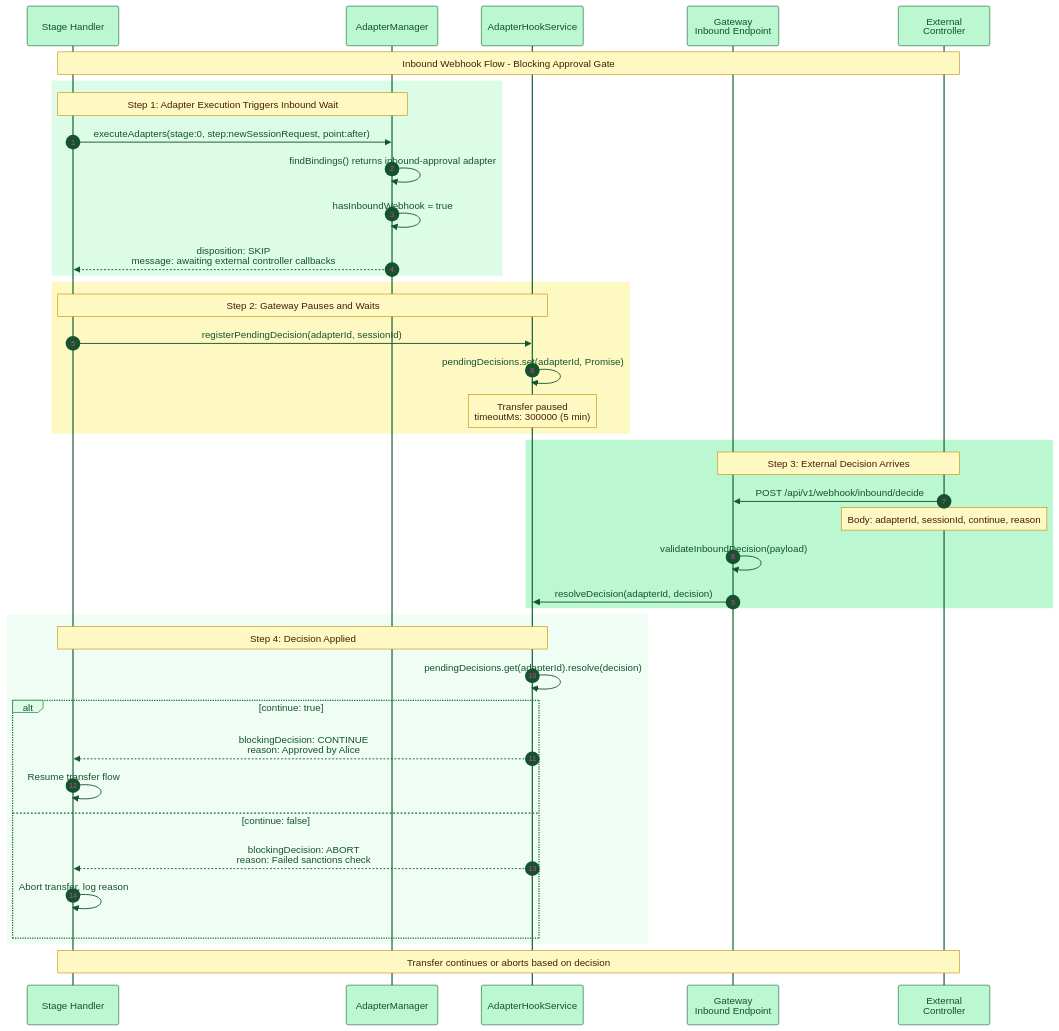
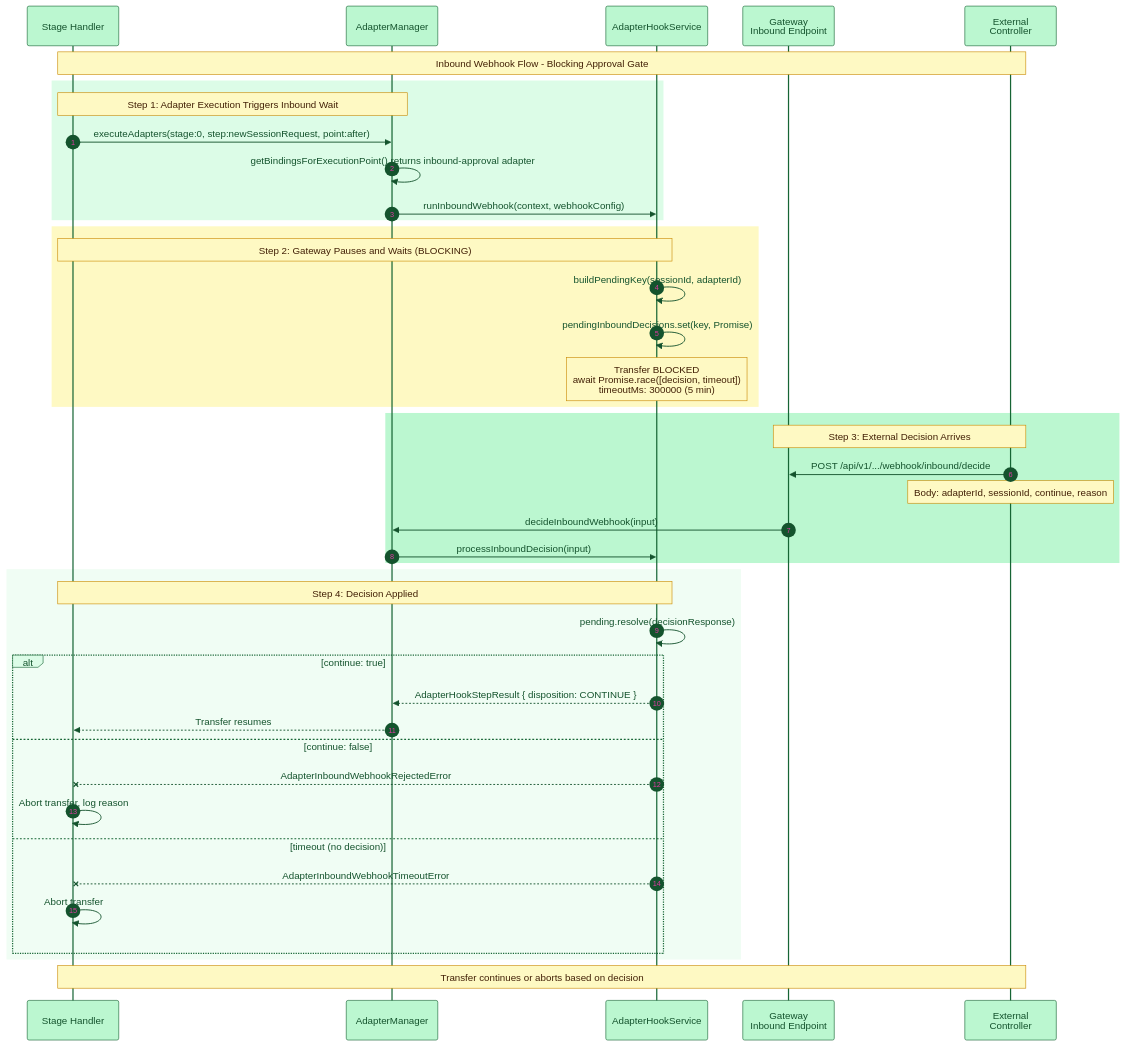
Before and after one commit to RafaelAPB/blockchain-integration-framework: the diagram in packages/cactus-plugin-satp-hermes/docs/diagrams/adapter-inbound-webhook-flow.mmd, drawn with Mermaid. The commit also changed 7 other files, not shown here.

Commit message:
docs(satp-hermes): adapter diagrams

```diff
--- a/packages/cactus-plugin-satp-hermes/docs/diagrams/adapter-inbound-webhook-flow.mmd
+++ b/packages/cactus-plugin-satp-hermes/docs/diagrams/adapter-inbound-webhook-flow.mmd
@@ -1,49 +1,51 @@
 %%{init: {'theme':'base', 'themeVariables': { 'fontSize':'14px', 'fontFamily':'Segoe UI, system-ui, sans-serif', 'primaryColor':'#86efac','primaryTextColor':'#14532d','primaryBorderColor':'#166534','lineColor':'#22c55e','secondaryColor':'#dcfce7','tertiaryColor':'#f0fdf4', 'actorTextColor':'#14532d', 'actorBkg':'#bbf7d0', 'actorBorder':'#166534', 'signalColor':'#14532d', 'signalTextColor':'#14532d', 'noteBkgColor':'#fef9c3', 'noteTextColor':'#422006', 'noteBorderColor':'#ca8a04', 'labelBoxBkgColor':'#dcfce7', 'labelTextColor':'#14532d'}}}%%
 
 sequenceDiagram
     autonumber
     participant SH as Stage Handler
     participant AM as AdapterManager
     participant AH as AdapterHookService
     participant GW as Gateway<br/>Inbound Endpoint
     participant EC as External<br/>Controller
 
     Note over SH,EC: Inbound Webhook Flow - Blocking Approval Gate
 
     rect rgb(220, 252, 231)
         Note over SH,AM: Step 1: Adapter Execution Triggers Inbound Wait
         SH->>AM: executeAdapters(stage:0, step:newSessionRequest, point:after)
-        AM->>AM: findBindings() returns inbound-approval adapter
-        AM->>AM: hasInboundWebhook = true
-        AM-->>SH: disposition: SKIP<br/>message: awaiting external controller callbacks
+        AM->>AM: getBindingsForExecutionPoint() returns inbound-approval adapter
+        AM->>AH: runInboundWebhook(context, webhookConfig)
     end
 
     rect rgb(254, 249, 195)
-        Note over SH,AH: Step 2: Gateway Pauses and Waits
-        SH->>AH: registerPendingDecision(adapterId, sessionId)
-        AH->>AH: pendingDecisions.set(adapterId, Promise)
-        Note over AH: Transfer paused<br/>timeoutMs: 300000 (5 min)
+        Note over SH,AH: Step 2: Gateway Pauses and Waits (BLOCKING)
+        AH->>AH: buildPendingKey(sessionId, adapterId)
+        AH->>AH: pendingInboundDecisions.set(key, Promise)
+        Note over AH: Transfer BLOCKED<br/>await Promise.race([decision, timeout])<br/>timeoutMs: 300000 (5 min)
     end
 
     rect rgb(187, 247, 208)
         Note over GW,EC: Step 3: External Decision Arrives
-        EC->>GW: POST /api/v1/webhook/inbound/decide
+        EC->>GW: POST /api/v1/.../webhook/inbound/decide
         Note over EC: Body: adapterId, sessionId, continue, reason
-        GW->>GW: validateInboundDecision(payload)
-        GW->>AH: resolveDecision(adapterId, decision)
+        GW->>AM: decideInboundWebhook(input)
+        AM->>AH: processInboundDecision(input)
     end
 
     rect rgb(240, 253, 244)
         Note over AH,SH: Step 4: Decision Applied
-        AH->>AH: pendingDecisions.get(adapterId).resolve(decision)
+        AH->>AH: pending.resolve(decisionResponse)
         
         alt continue: true
-            AH-->>SH: blockingDecision: CONTINUE<br/>reason: Approved by Alice
-            SH->>SH: Resume transfer flow
+            AH-->>AM: AdapterHookStepResult { disposition: CONTINUE }
+            AM-->>SH: Transfer resumes
         else continue: false
-            AH-->>SH: blockingDecision: ABORT<br/>reason: Failed sanctions check
+            AH--xSH: AdapterInboundWebhookRejectedError
             SH->>SH: Abort transfer, log reason
+        else timeout (no decision)
+            AH--xSH: AdapterInboundWebhookTimeoutError
+            SH->>SH: Abort transfer
         end
     end
 
     Note over SH,EC: Transfer continues or aborts based on decision
```
